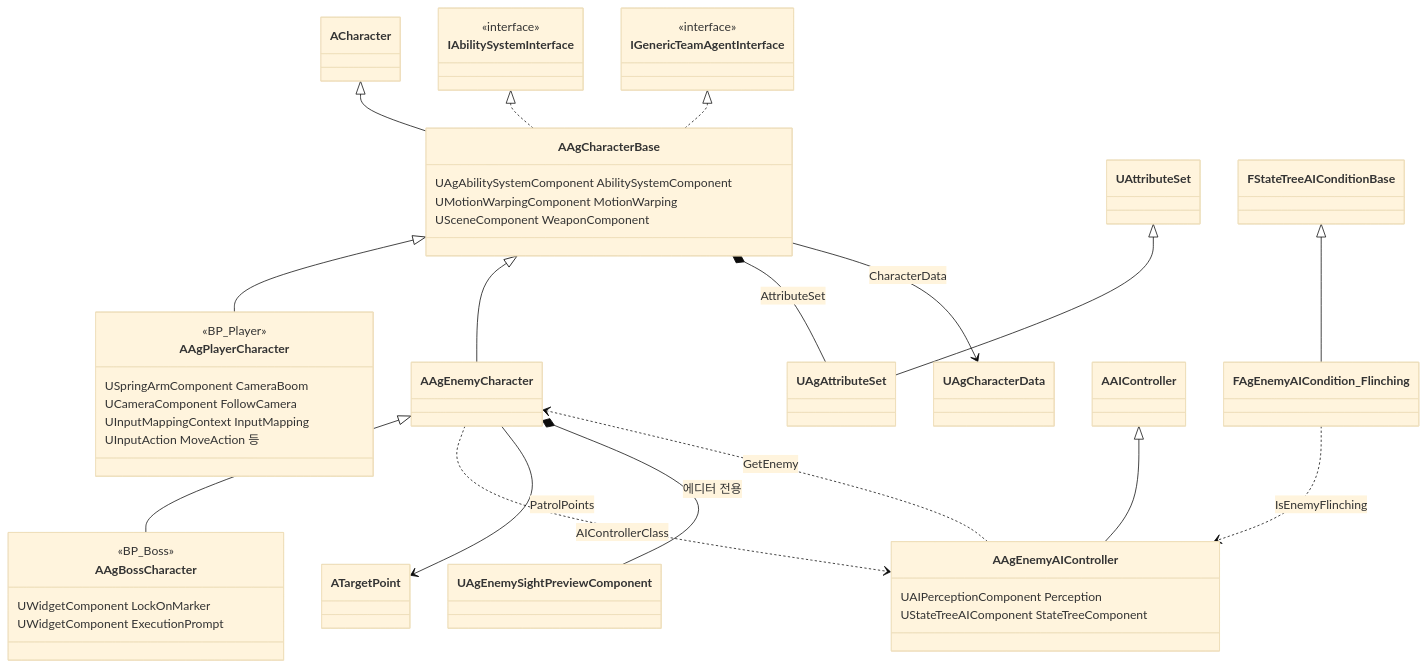
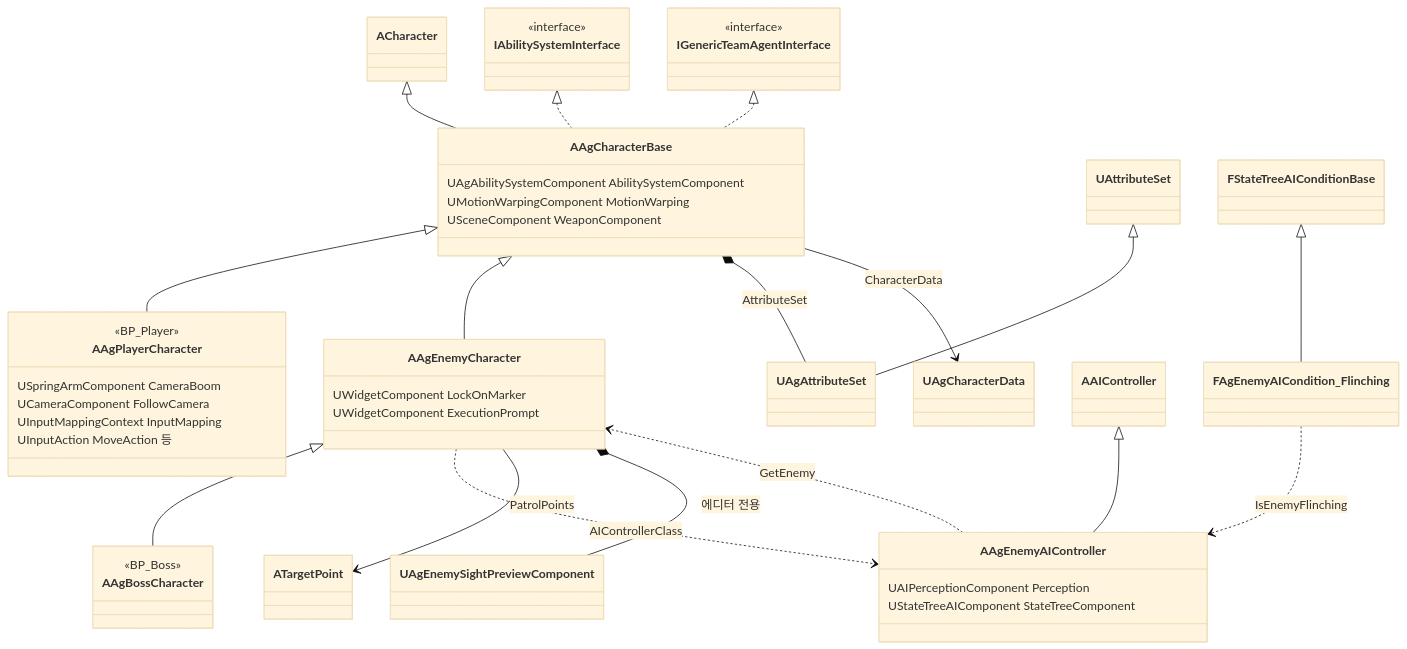
One commit to Woogl/Ag changed the first of 5 diagrams in Docs/Architecture/캐릭터 기반 구조와 GAS.md. Above: the diagram before and after it, drawn with Mermaid (base theme). The commit also changed other lines of this file and 76 other files, not shown here.

````diff
--- a/Docs/Architecture/캐릭터 기반 구조와 GAS.md
+++ b/Docs/Architecture/캐릭터 기반 구조와 GAS.md
@@ -39,48 +39,50 @@
 ```mermaid
 classDiagram
     direction TB
     class IAbilitySystemInterface {
         <<interface>>
     }
     class IGenericTeamAgentInterface {
         <<interface>>
     }
     class AAgCharacterBase {
         UAgAbilitySystemComponent AbilitySystemComponent
         UMotionWarpingComponent MotionWarping
         USceneComponent WeaponComponent
     }
     class AAgPlayerCharacter {
         <<BP_Player>>
         USpringArmComponent CameraBoom
         UCameraComponent FollowCamera
         UInputMappingContext InputMapping
         UInputAction MoveAction 등
     }
+    class AAgEnemyCharacter {
+        UWidgetComponent LockOnMarker
+        UWidgetComponent ExecutionPrompt
+    }
     class AAgBossCharacter {
         <<BP_Boss>>
-        UWidgetComponent LockOnMarker
-        UWidgetComponent ExecutionPrompt
     }
     class AAgEnemyAIController {
         UAIPerceptionComponent Perception
         UStateTreeAIComponent StateTreeComponent
     }
     ACharacter <|-- AAgCharacterBase
     IAbilitySystemInterface <|.. AAgCharacterBase
     IGenericTeamAgentInterface <|.. AAgCharacterBase
     AAgCharacterBase <|-- AAgPlayerCharacter
     AAgCharacterBase <|-- AAgEnemyCharacter
     AAgEnemyCharacter <|-- AAgBossCharacter
 
     AAgCharacterBase *-- UAgAttributeSet : AttributeSet
     UAttributeSet <|-- UAgAttributeSet
     AAgCharacterBase --> UAgCharacterData : CharacterData
     AAgEnemyCharacter ..> AAgEnemyAIController : AIControllerClass
     AAgEnemyCharacter --> ATargetPoint : PatrolPoints
     AAgEnemyCharacter *-- UAgEnemySightPreviewComponent : 에디터 전용
     AAIController <|-- AAgEnemyAIController
     AAgEnemyAIController ..> AAgEnemyCharacter : GetEnemy
     FStateTreeAIConditionBase <|-- FAgEnemyAICondition_Flinching
     FAgEnemyAICondition_Flinching ..> AAgEnemyAIController : IsEnemyFlinching
 ```
````
